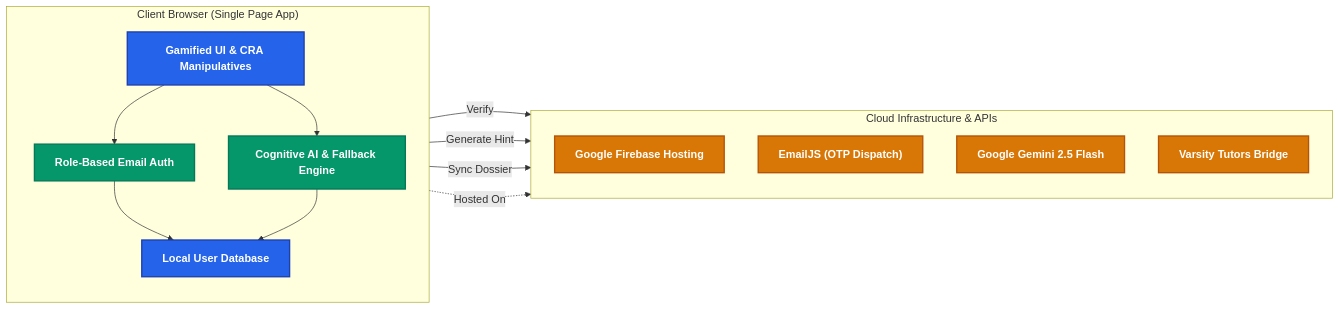
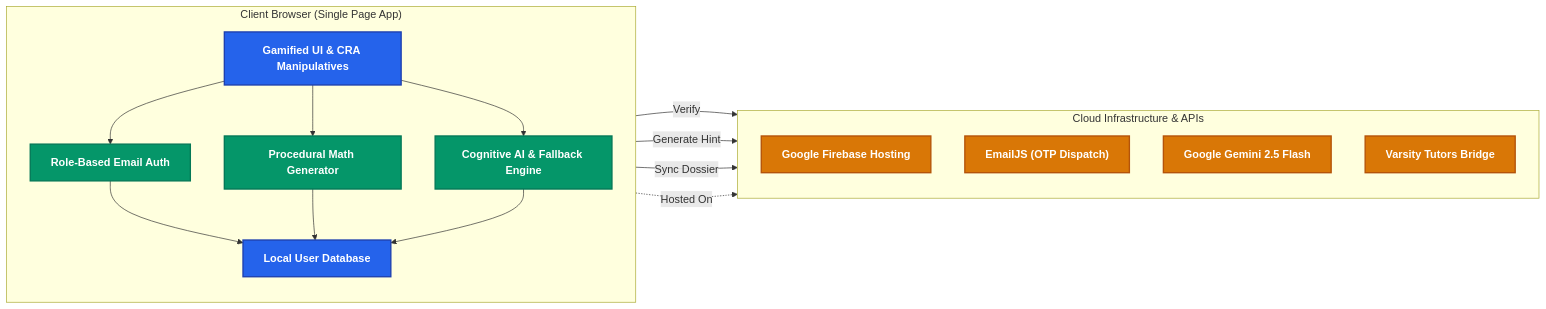
One commit to SKannaian/nerdy-arithmetic-ai changed the first of 8 diagrams in ARCHITECTURE.md. Above: the diagram before and after it, drawn with Mermaid. The commit also changed 1 other file, not shown here.

Commit message:
Highlight procedural math generator in architecture diagram and demo script

````diff
--- a/ARCHITECTURE.md
+++ b/ARCHITECTURE.md
@@ -27,34 +27,37 @@
 ```mermaid
 graph LR
     %% Styling - High Contrast for Presentations
     classDef primary fill:#2563eb,stroke:#1e40af,stroke-width:2px,color:#ffffff,font-weight:bold;
     classDef logic fill:#059669,stroke:#047857,stroke-width:2px,color:#ffffff,font-weight:bold;
     classDef cloud fill:#d97706,stroke:#b45309,stroke-width:2px,color:#ffffff,font-weight:bold;
 
     subgraph Client ["Client Browser (Single Page App)"]
         direction TB
         UI["Gamified UI & CRA Manipulatives"]:::primary
         Auth["Role-Based Email Auth"]:::logic
+        Gen["Procedural Math Generator"]:::logic
         AI["Cognitive AI & Fallback Engine"]:::logic
         DB["Local User Database"]:::primary
         
         UI --> Auth
+        UI --> Gen
         UI --> AI
         Auth --> DB
+        Gen --> DB
         AI --> DB
     end
 
     subgraph External ["Cloud Infrastructure & APIs"]
         direction TB
         Firebase["Google Firebase Hosting"]:::cloud
         Email["EmailJS (OTP Dispatch)"]:::cloud
         Gemini["Google Gemini 2.5 Flash"]:::cloud
         Varsity["Varsity Tutors Bridge"]:::cloud
     end
 
     %% Cross-boundary connections
     Client -. "Hosted On" .-> Firebase
     Auth -- "Verify" --> Email
     AI -- "Generate Hint" --> Gemini
     DB -- "Sync Dossier" --> Varsity
 ```
````
